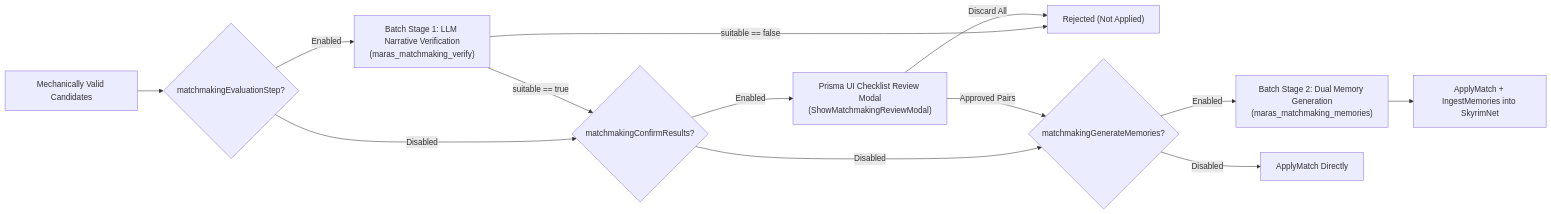
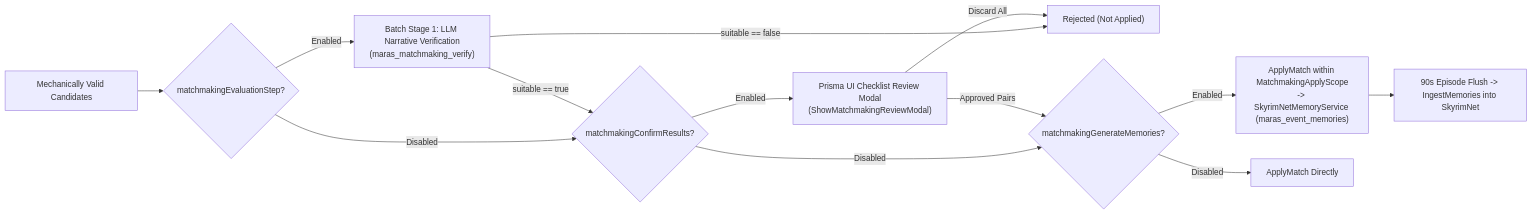
The diagram in docs/modder/services/MatchmakingService.md (tetherball88/maras), drawn with Mermaid before and after one commit. The commit also changed other lines of this file and 159 other files, not shown here.

````diff
--- a/docs/modder/services/MatchmakingService.md
+++ b/docs/modder/services/MatchmakingService.md
@@ -78,15 +78,15 @@
 ```mermaid
 flowchart LR
     Cand["Mechanically Valid Candidates"] --> EvalCheck{"matchmakingEvaluationStep?"}
     EvalCheck -- "Enabled" --> Tier2["Batch Stage 1: LLM Narrative Verification\n(maras_matchmaking_verify)"]
     EvalCheck -- "Disabled" --> ReviewCheck
     Tier2 -- "suitable == true" --> ReviewCheck{"matchmakingConfirmResults?"}
     Tier2 -- "suitable == false" --> Reject["Rejected (Not Applied)"]
     ReviewCheck -- "Enabled" --> ReviewModal["Prisma UI Checklist Review Modal\n(ShowMatchmakingReviewModal)"]
     ReviewCheck -- "Disabled" --> MemCheck{"matchmakingGenerateMemories?"}
     ReviewModal -- "Approved Pairs" --> MemCheck
     ReviewModal -- "Discard All" --> Reject
-    MemCheck -- "Enabled" --> MemBatch["Batch Stage 2: Dual Memory Generation\n(maras_matchmaking_memories)"]
+    MemCheck -- "Enabled" --> MemBatch["ApplyMatch within MatchmakingApplyScope\n-> SkyrimNetMemoryService (maras_event_memories)"]
     MemCheck -- "Disabled" --> ApplyDirect["ApplyMatch Directly"]
-    MemBatch --> ApplyAndIngest["ApplyMatch + IngestMemories into SkyrimNet"]
+    MemBatch --> ApplyAndIngest["90s Episode Flush -> IngestMemories into SkyrimNet"]
 ```
````
